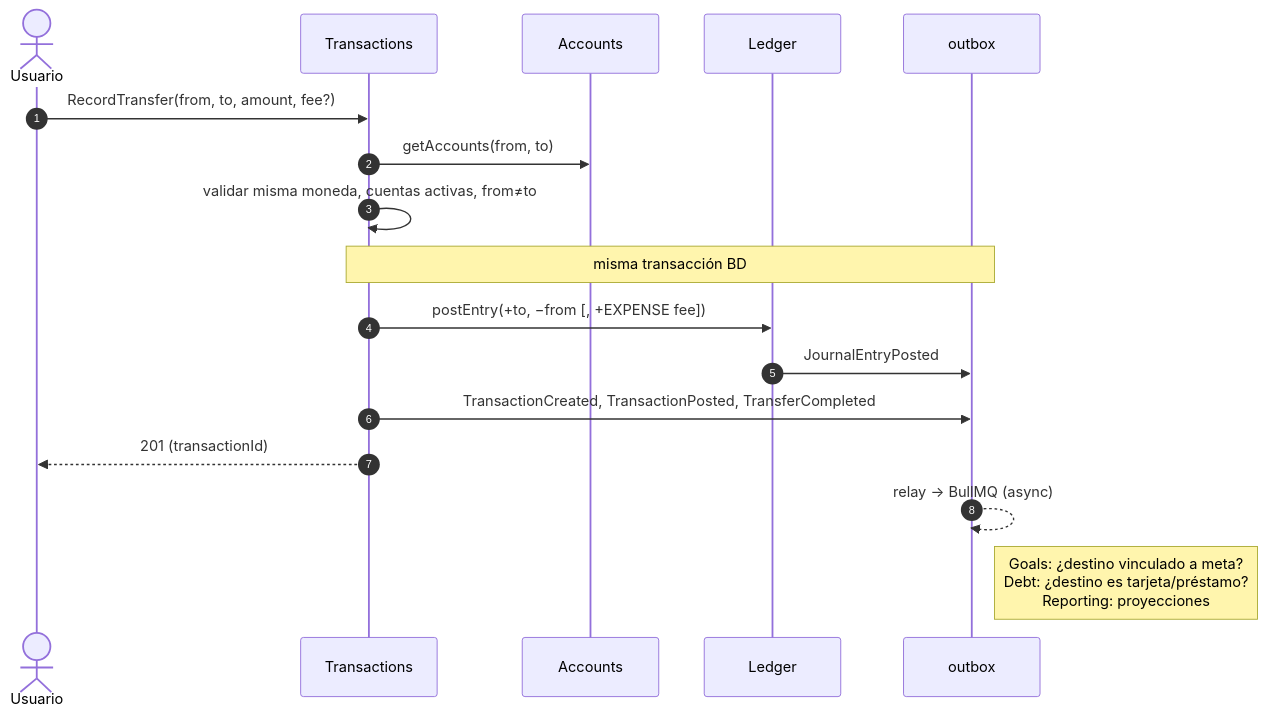
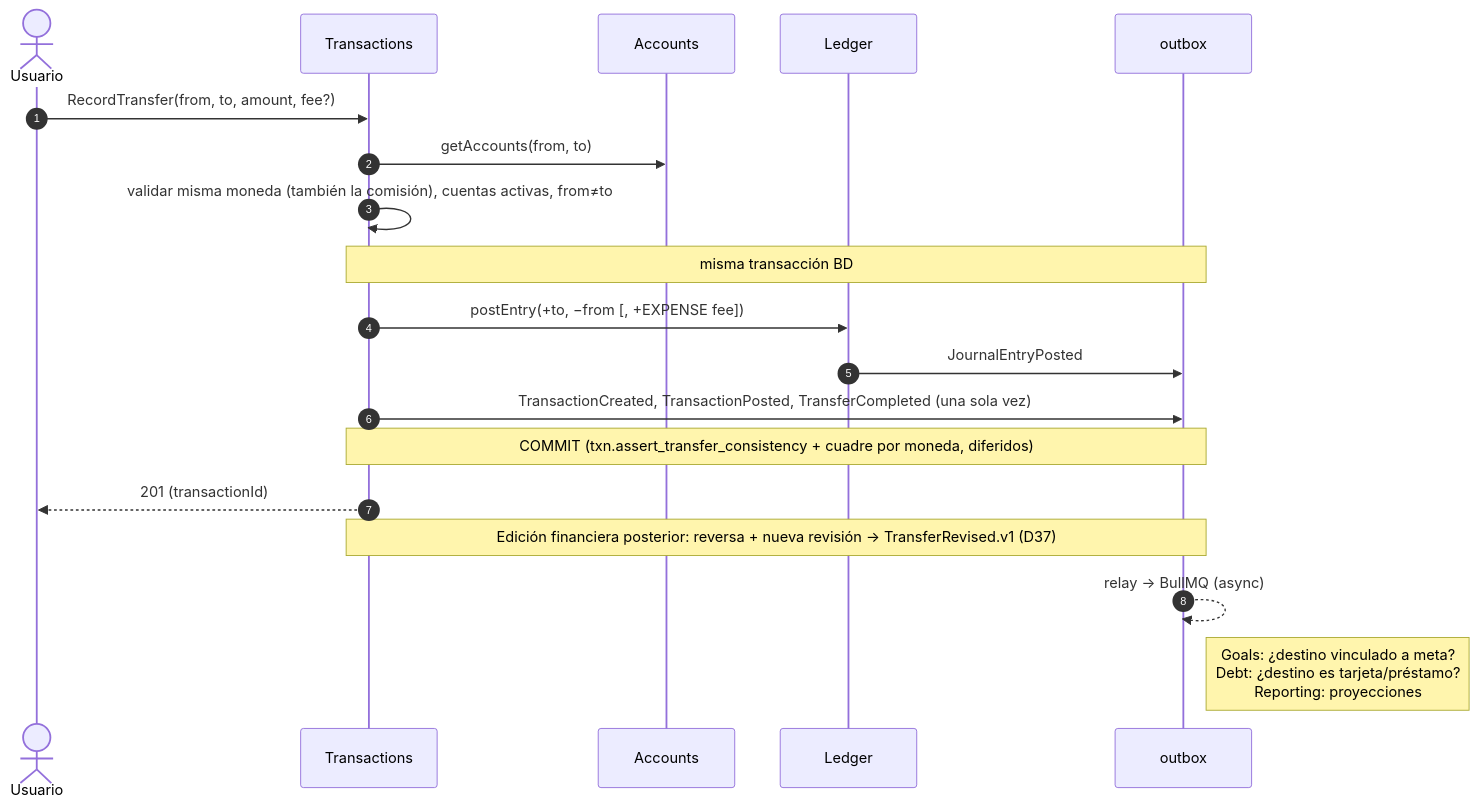
Before and after one commit to manuXD270516/personal-finances: the fifth of 7 diagrams in docs/09-ledger-design.md, drawn with Mermaid. The commit also changed other lines of this file and 34 other files, not shown here.

````diff
--- a/docs/09-ledger-design.md
+++ b/docs/09-ledger-design.md
@@ -638,19 +647,21 @@
 ```mermaid
 sequenceDiagram
   autonumber
   actor U as Usuario
   participant TX as Transactions
   participant ACC as Accounts
   participant LG as Ledger
   participant OB as outbox
   U->>TX: RecordTransfer(from, to, amount, fee?)
   TX->>ACC: getAccounts(from, to)
-  TX->>TX: validar misma moneda, cuentas activas, from≠to
+  TX->>TX: validar misma moneda (también la comisión), cuentas activas, from≠to
   Note over TX,OB: misma transacción BD
   TX->>LG: postEntry(+to, −from [, +EXPENSE fee])
   LG->>OB: JournalEntryPosted
-  TX->>OB: TransactionCreated, TransactionPosted, TransferCompleted
+  TX->>OB: TransactionCreated, TransactionPosted, TransferCompleted (una sola vez)
+  Note over TX,OB: COMMIT (txn.assert_transfer_consistency + cuadre por moneda, diferidos)
   TX-->>U: 201 (transactionId)
+  Note over TX,OB: Edición financiera posterior: reversa + nueva revisión → TransferRevised.v1 (D37)
   OB-->>OB: relay → BullMQ (async)
   Note right of OB: Goals: ¿destino vinculado a meta?<br/>Debt: ¿destino es tarjeta/préstamo?<br/>Reporting: proyecciones
 ```
````
